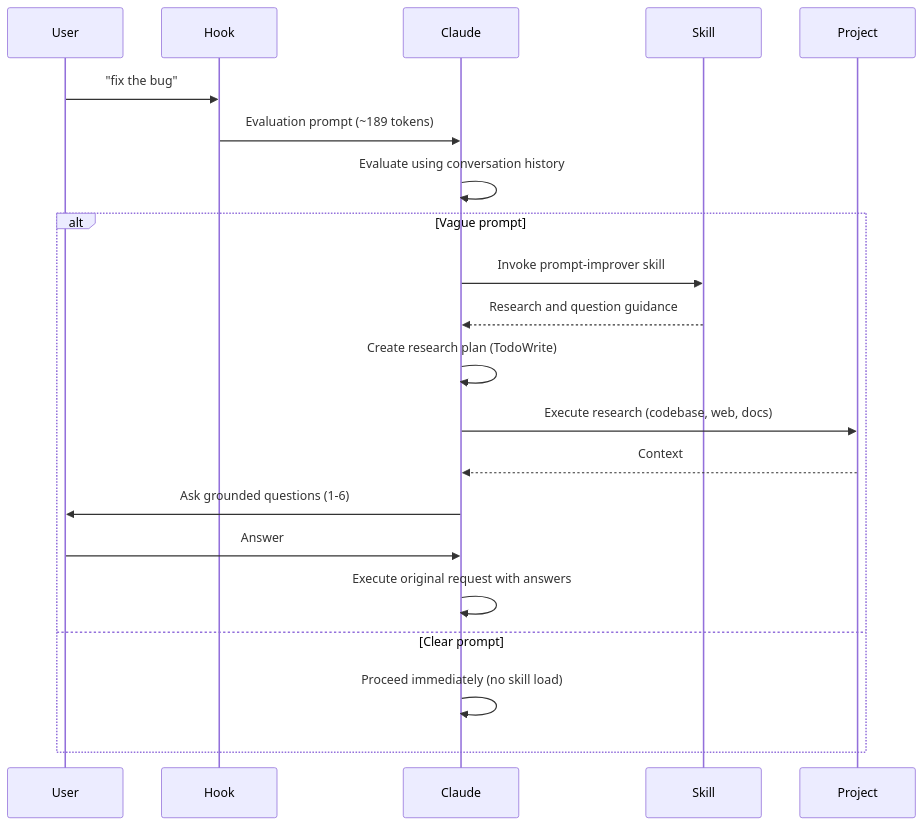
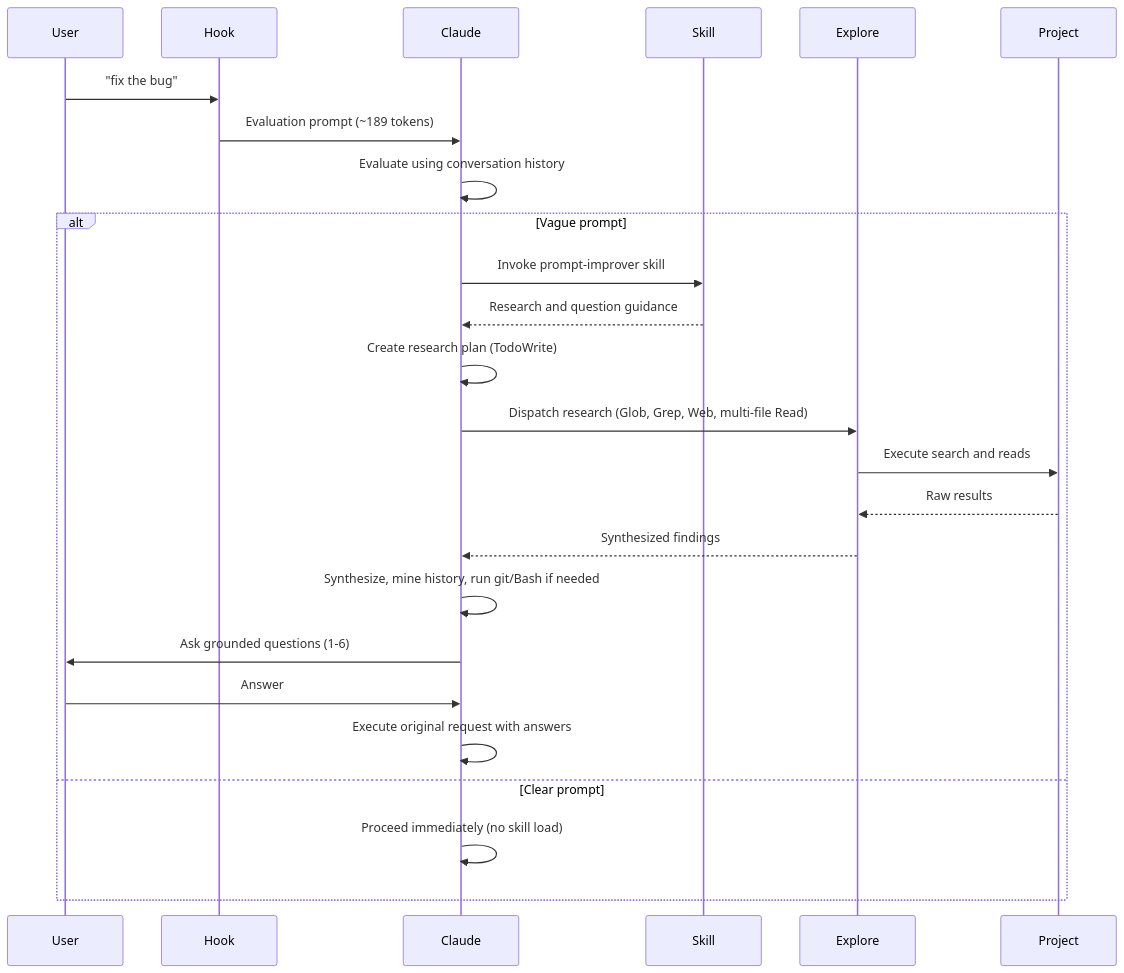
Before and after one commit to severity1/claude-code-prompt-improver: the diagram in README.md, drawn with Mermaid. The commit also changed other lines of this file and 6 other files, not shown here.

First line of the commit message:
Release v0.5.2: Subagent-first research dispatch (#34)

````diff
--- a/README.md
+++ b/README.md
@@ -21,24 +21,28 @@
 ```mermaid
 sequenceDiagram
     participant User
     participant Hook
     participant Claude
     participant Skill
+    participant Explore
     participant Project
 
     User->>Hook: "fix the bug"
     Hook->>Claude: Evaluation prompt (~189 tokens)
     Claude->>Claude: Evaluate using conversation history
     alt Vague prompt
         Claude->>Skill: Invoke prompt-improver skill
         Skill-->>Claude: Research and question guidance
         Claude->>Claude: Create research plan (TodoWrite)
-        Claude->>Project: Execute research (codebase, web, docs)
-        Project-->>Claude: Context
+        Claude->>Explore: Dispatch research (Glob, Grep, Web, multi-file Read)
+        Explore->>Project: Execute search and reads
+        Project-->>Explore: Raw results
+        Explore-->>Claude: Synthesized findings
+        Claude->>Claude: Synthesize, mine history, run git/Bash if needed
         Claude->>User: Ask grounded questions (1-6)
         User->>Claude: Answer
         Claude->>Claude: Execute original request with answers
     else Clear prompt
         Claude->>Claude: Proceed immediately (no skill load)
     end
 ```
````
